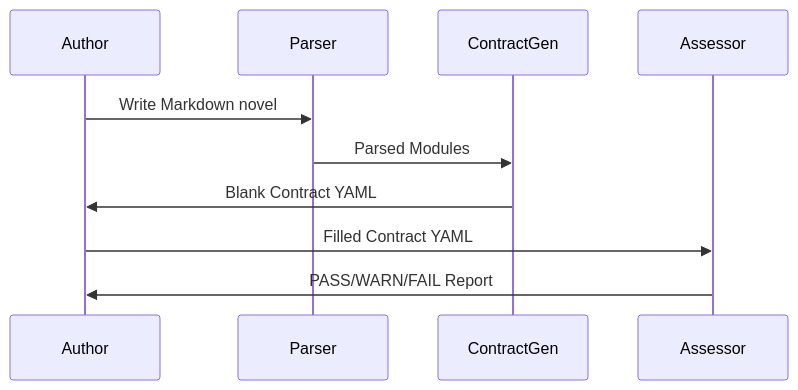
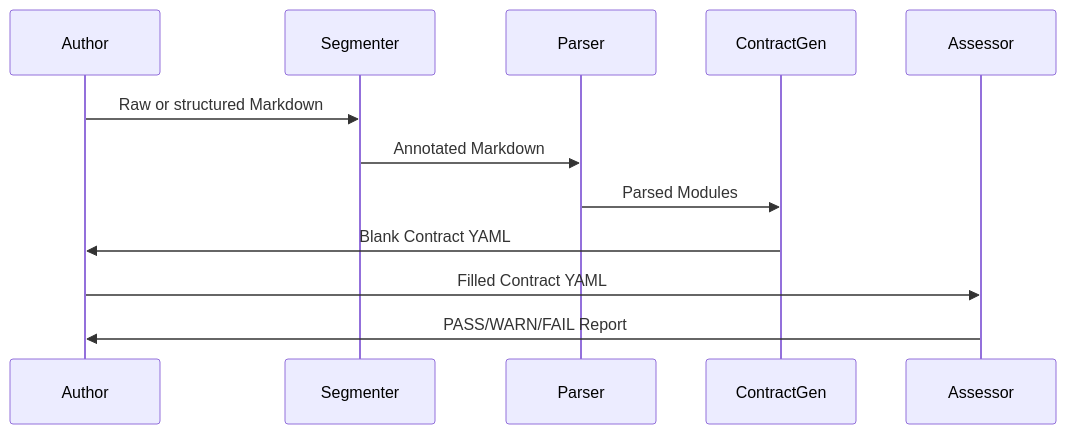
One commit to mattbriggs/novel_testbed_app changed the fourth of 5 diagrams in docs/software-design.md. Above: the diagram before and after it, drawn with Mermaid. The commit also changed other lines of this file and 29 other files, not shown here.

````diff
--- a/docs/software-design.md
+++ b/docs/software-design.md
@@ -241,13 +148,15 @@
 ```mermaid
 sequenceDiagram
     participant Author
+    participant Segmenter
     participant Parser
     participant ContractGen
     participant Assessor
 
-    Author->>Parser: Write Markdown novel
+    Author->>Segmenter: Raw or structured Markdown
+    Segmenter->>Parser: Annotated Markdown
     Parser->>ContractGen: Parsed Modules
     ContractGen->>Author: Blank Contract YAML
     Author->>Assessor: Filled Contract YAML
     Assessor->>Author: PASS/WARN/FAIL Report
 ```
````
